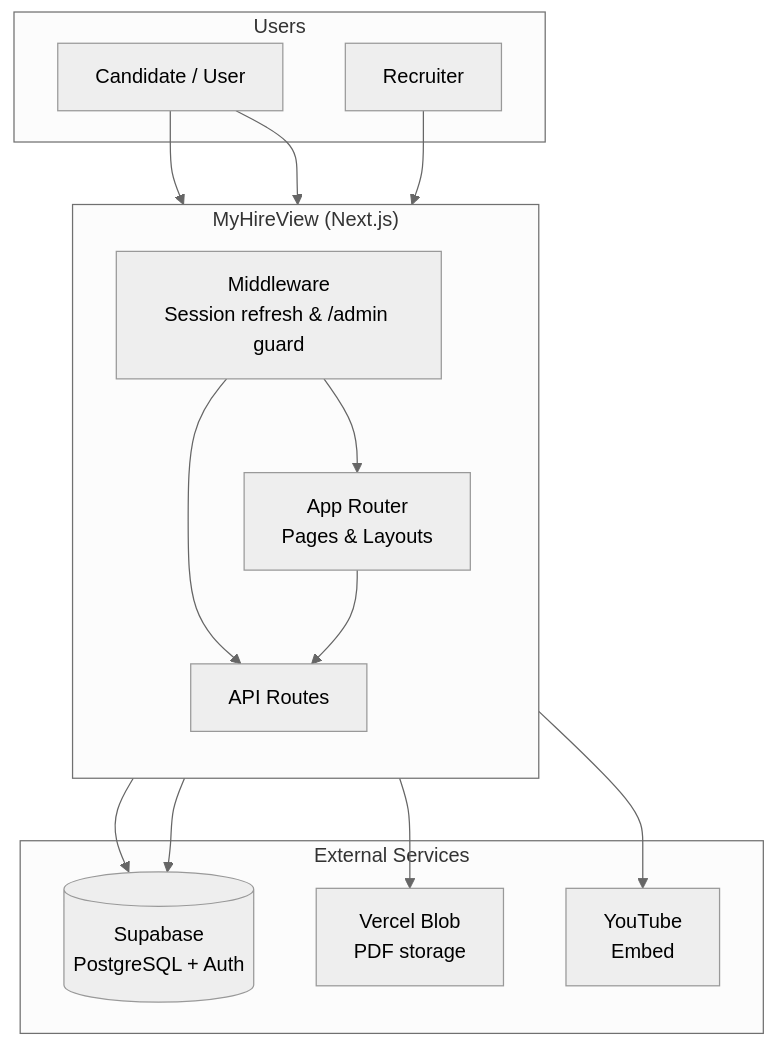
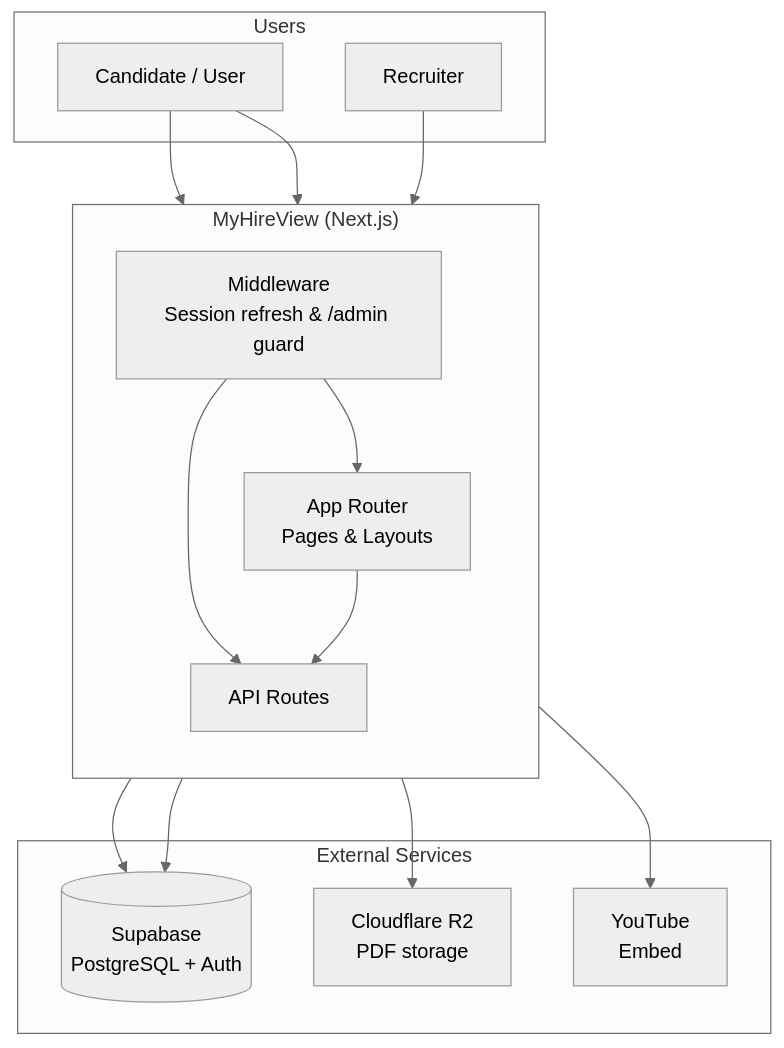
The first of 5 diagrams in docs/ARCHITECTURE.md (joan-gerard/my-hire-view), drawn with Mermaid (neutral theme) before and after one commit. The commit also changed other lines of this file and 22 other files, not shown here.

Commit message:
Migrate CV PDF uploads from Vercel Blob to Cloudflare R2

````diff
--- a/docs/ARCHITECTURE.md
+++ b/docs/ARCHITECTURE.md
@@ -36,33 +36,33 @@
 ```mermaid
 flowchart TB
   subgraph Users
     Candidate[Candidate / User]
     Recruiter[Recruiter]
   end
 
   subgraph MyHireView["MyHireView (Next.js)"]
     direction TB
     Middleware[Middleware<br>Session refresh & /admin guard]
     App[App Router<br>Pages & Layouts]
     API[API Routes]
 
     Middleware --> App
     Middleware --> API
     App --> API
   end
 
   subgraph External["External Services"]
     Supabase[(Supabase<br>PostgreSQL + Auth)]
-    Blob[Vercel Blob<br>PDF storage]
+    R2CV[Cloudflare R2<br>PDF storage]
     YouTube[YouTube<br>Embed]
   end
 
   Candidate --> App
   Candidate --> API
   Recruiter --> App
 
   API --> Supabase
-  API --> Blob
+  API --> R2CV
   App --> Supabase
   App --> YouTube
 ```
````
